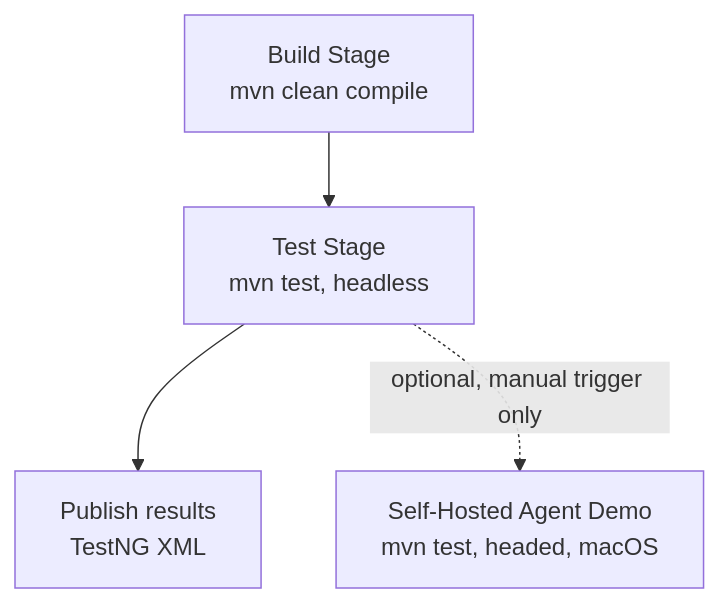
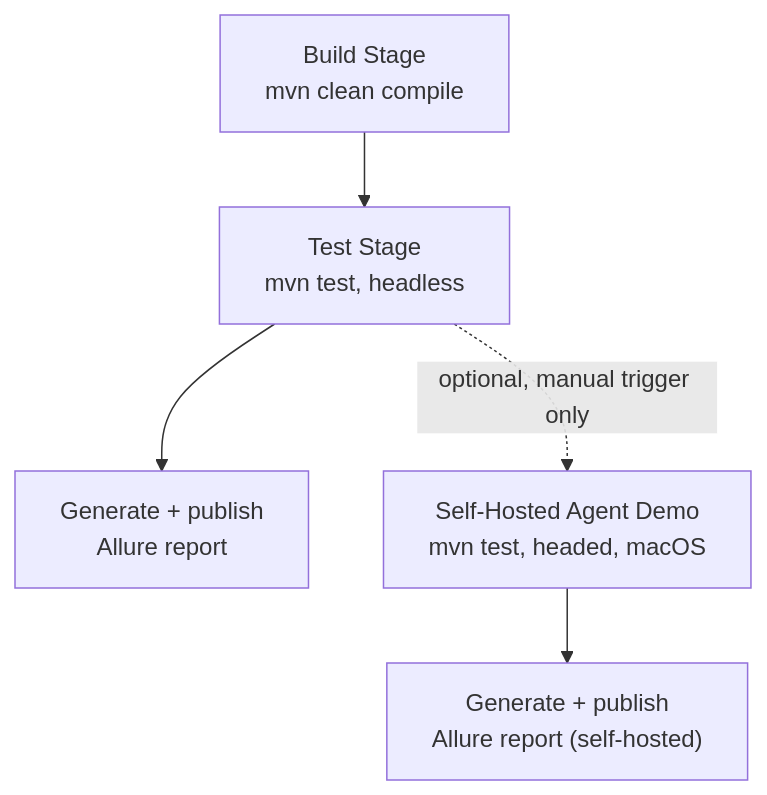
The third of 3 diagrams in README.md (Manish12588/2026POMSeries), drawn with Mermaid before and after one commit. The commit also changed other lines of this file, not shown here.

````diff
--- a/README.md
+++ b/README.md
@@ -141,6 +141,7 @@
 ```mermaid
 flowchart TD
-   A["Build Stage<br/>mvn clean compile"] --> B["Test Stage<br/>mvn test, headless"]
-   B --> C["Publish results<br/>TestNG XML"]
-   B -.optional, manual trigger only.-> D["Self-Hosted Agent Demo<br/>mvn test, headed, macOS"]
+    A["Build Stage<br/>mvn clean compile"] --> B["Test Stage<br/>mvn test, headless"]
+    B --> C["Generate + publish<br/>Allure report"]
+    B -.optional, manual trigger only.-> D["Self-Hosted Agent Demo<br/>mvn test, headed, macOS"]
+    D --> E["Generate + publish<br/>Allure report (self-hosted)"]
 ```
````
